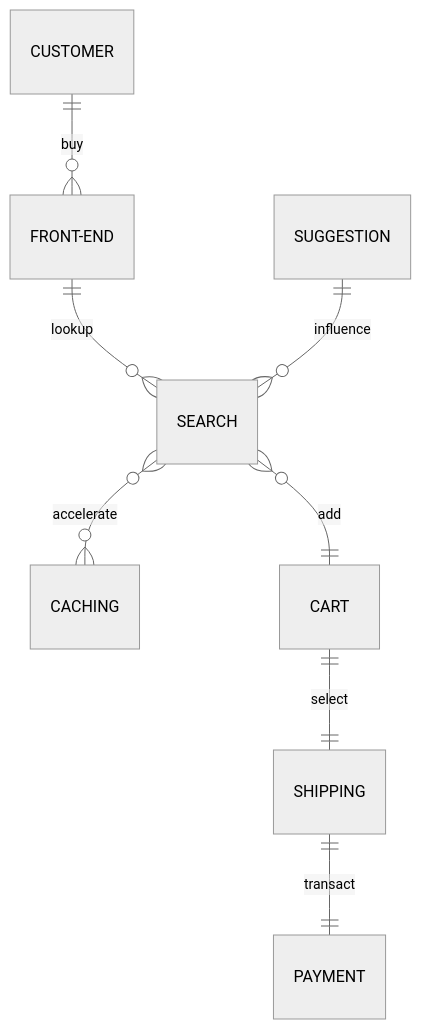
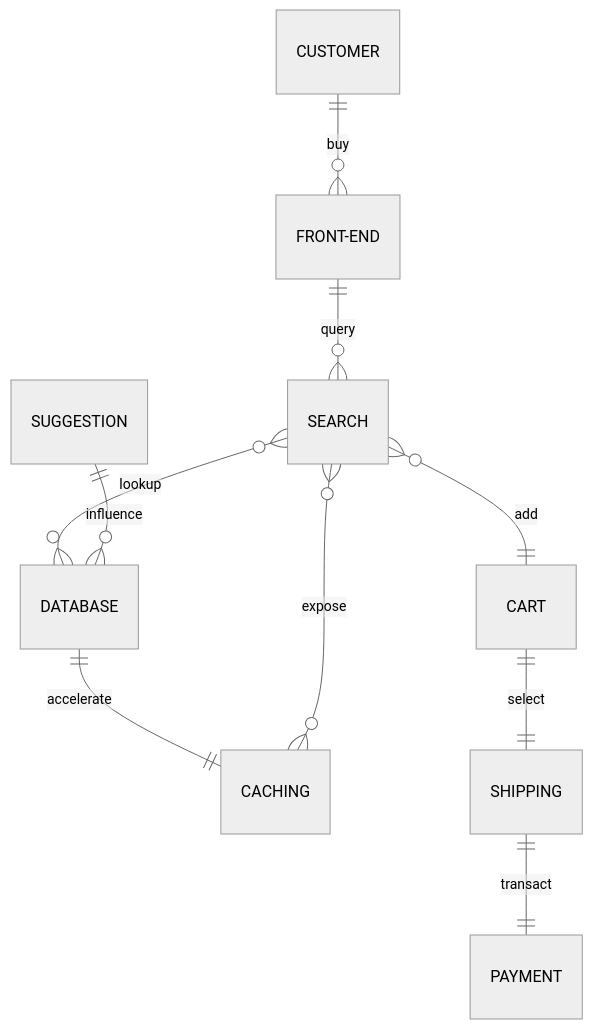
Before and after one commit to beezy-cloud/project-pancake: the second of 2 diagrams in docs/concepts.md, drawn with Mermaid (neutral theme).

````diff
--- a/docs/concepts.md
+++ b/docs/concepts.md
@@ -62,10 +62,12 @@
 ```mermaid
    erDiagram
    CUSTOMER ||--o{ FRONT-END : buy
-   FRONT-END ||--o{ SEARCH : lookup
-   SUGGESTION ||--o{ SEARCH : influence
-   SEARCH }o--o{ CACHING : accelerate
+   FRONT-END ||--o{ SEARCH : query
+   SEARCH }o--o{ DATABASE: lookup
+   SUGGESTION ||--o{ DATABASE : influence
+   DATABASE ||--|| CACHING: accelerate
+   CACHING }o--o{ SEARCH: expose
    SEARCH }o--|| CART : add
    CART ||--|| SHIPPING : select
    SHIPPING ||--|| PAYMENT : transact
 ```
````
